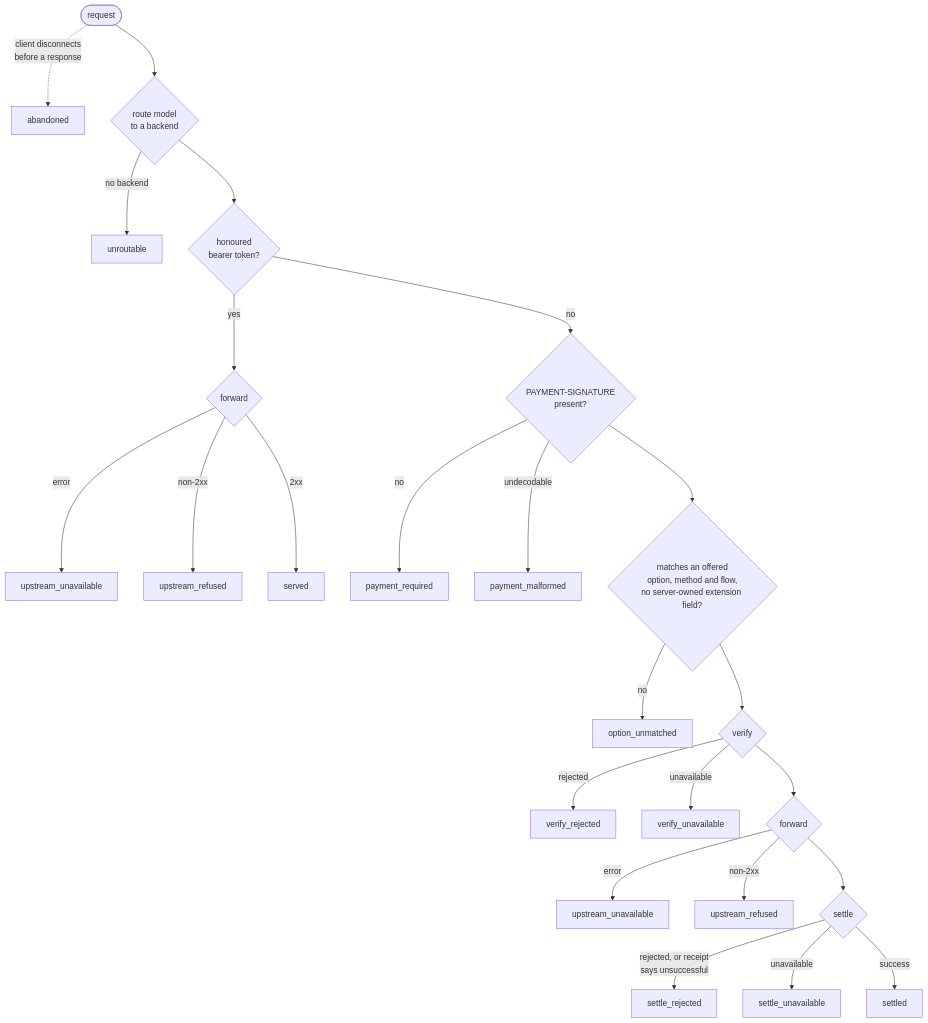
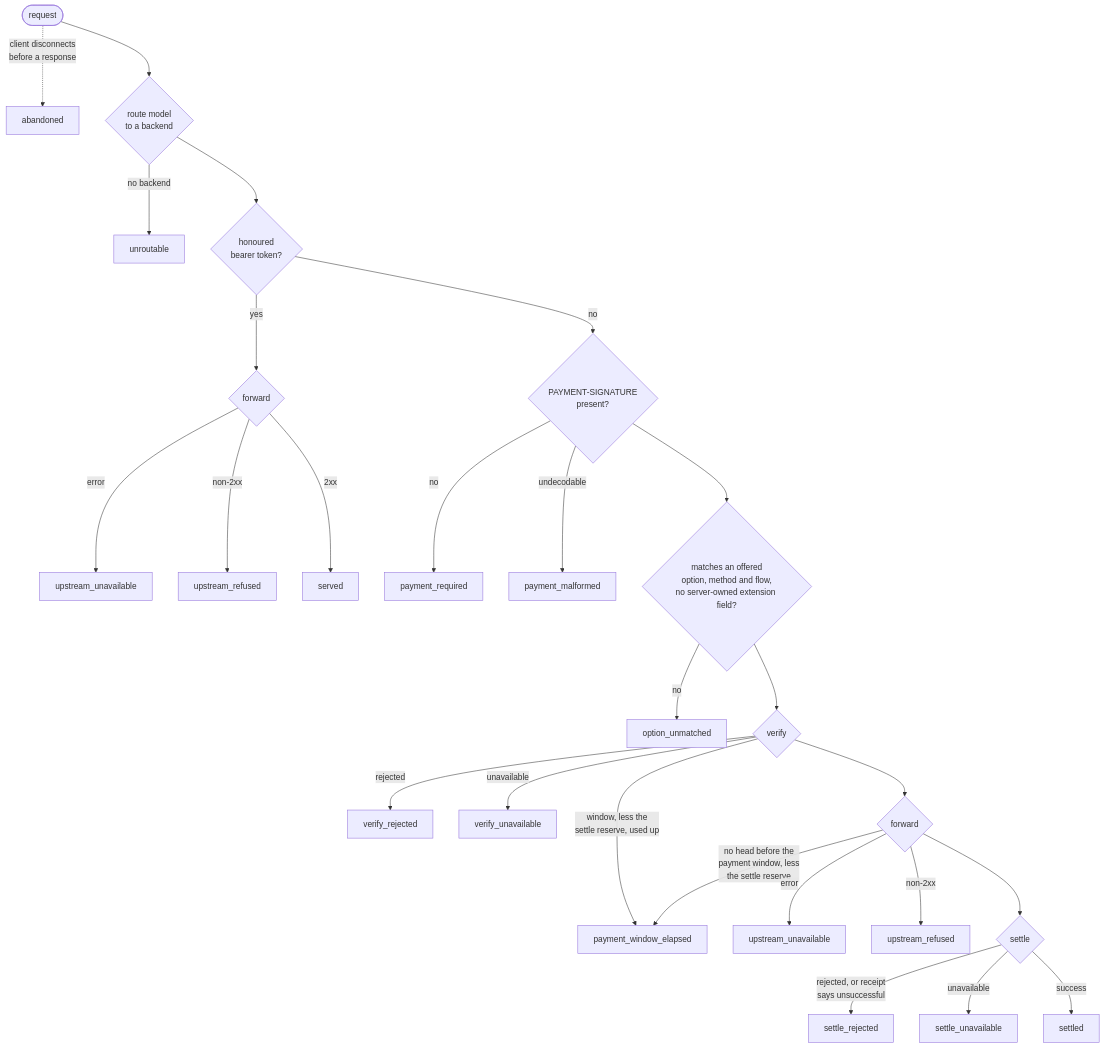
Before and after one commit to geekinasuit/obolus: the diagram in docs/telemetry.md, drawn with Mermaid. The commit also changed other lines of this file and 8 other files, not shown here.

````diff
--- a/docs/telemetry.md
+++ b/docs/telemetry.md
@@ -75,26 +75,28 @@
 ```mermaid
 flowchart TB
   req(["request"]) -.->|"client disconnects<br/>before a response"| abandoned["abandoned"]
   req --> route{"route model<br/>to a backend"}
   route -->|"no backend"| unroutable["unroutable"]
   route --> token{"honoured<br/>bearer token?"}
   token -->|"yes"| tfwd{"forward"}
   tfwd -->|"error"| t_unavail["upstream_unavailable"]
   tfwd -->|"non-2xx"| t_refused["upstream_refused"]
   tfwd -->|"2xx"| served["served"]
   token -->|"no"| hdr{"PAYMENT-SIGNATURE<br/>present?"}
   hdr -->|"no"| required["payment_required"]
   hdr -->|"undecodable"| malformed["payment_malformed"]
   hdr --> match{"matches an offered<br/>option, method and flow,<br/>no server-owned extension field?"}
   match -->|"no"| unmatched["option_unmatched"]
   match --> verify{"verify"}
   verify -->|"rejected"| v_rej["verify_rejected"]
   verify -->|"unavailable"| v_unavail["verify_unavailable"]
+  verify -->|"window, less the<br/>settle reserve, used up"| w_elapsed["payment_window_elapsed"]
   verify --> fwd{"forward"}
+  fwd -->|"no head before the<br/>payment window, less<br/>the settle reserve"| w_elapsed
   fwd -->|"error"| u_unavail["upstream_unavailable"]
   fwd -->|"non-2xx"| u_refused["upstream_refused"]
   fwd --> settle{"settle"}
   settle -->|"rejected, or receipt<br/>says unsuccessful"| s_rej["settle_rejected"]
   settle -->|"unavailable"| s_unavail["settle_unavailable"]
   settle -->|"success"| settled["settled"]
 ```
````
